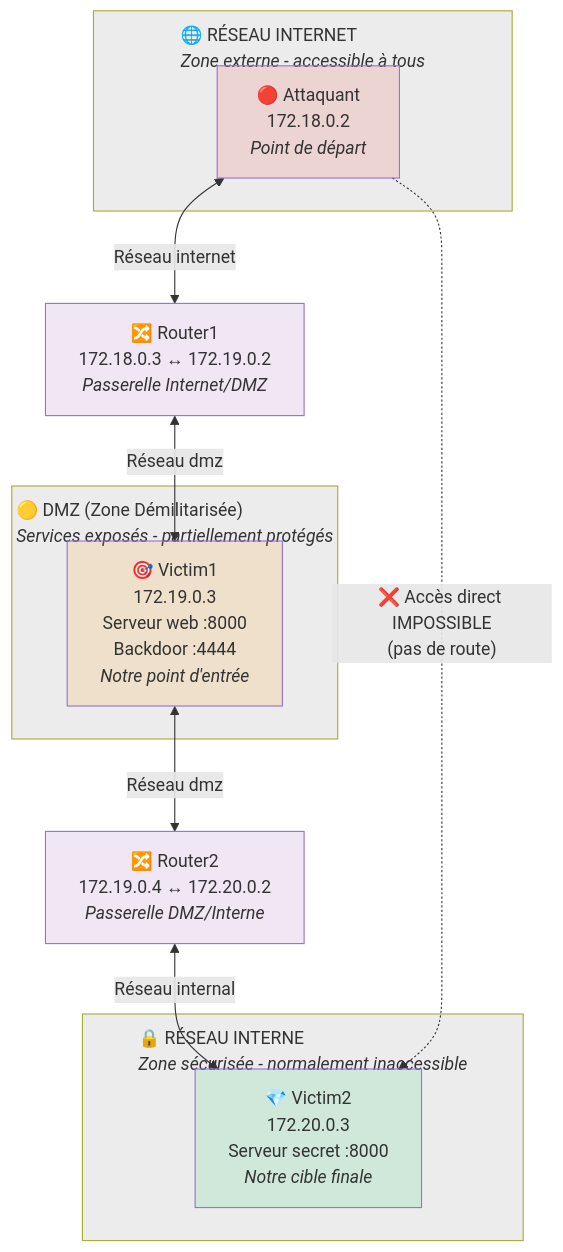
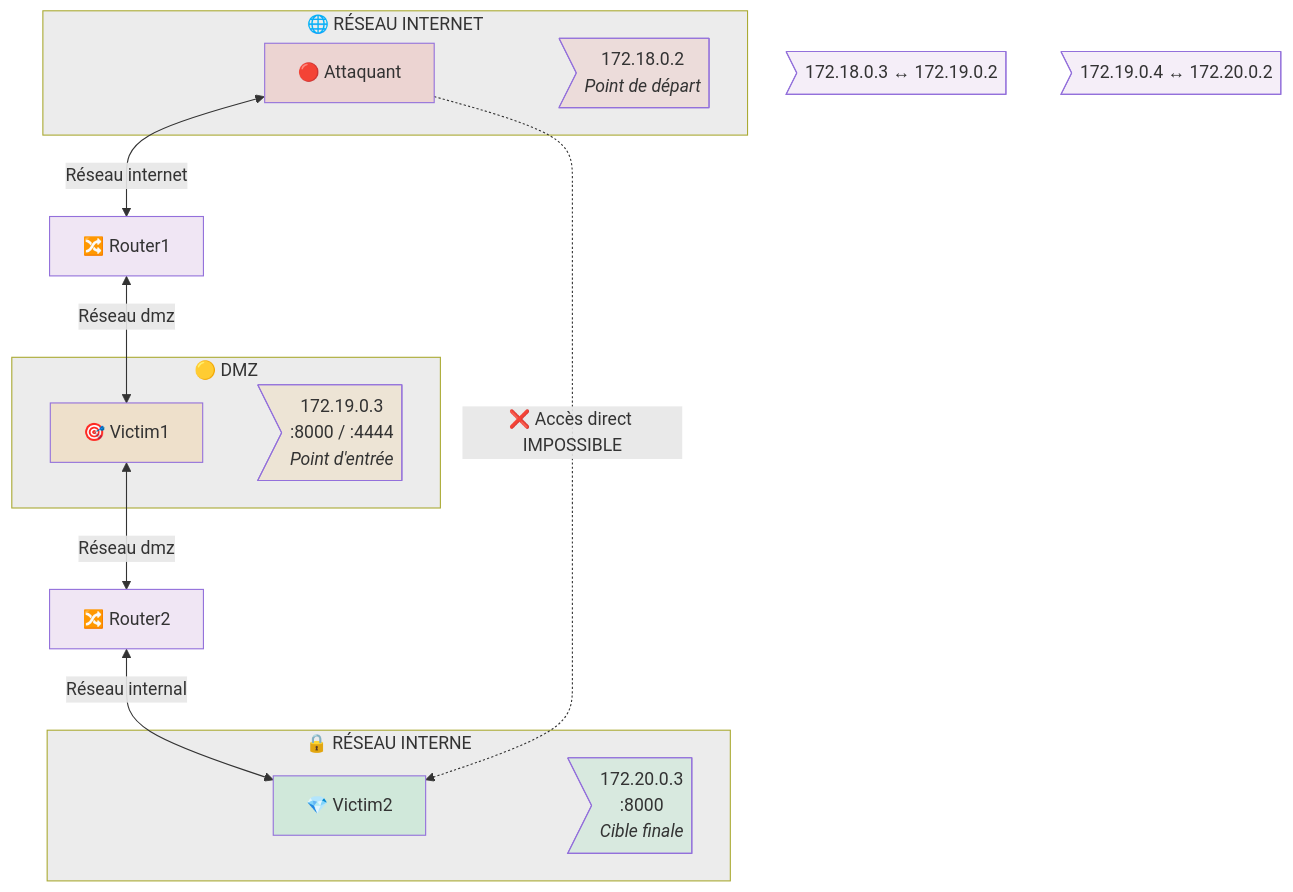
One commit to venantvr-security/venantvr-security.github.io changed the first of 3 diagrams in repos/Python.Network.Pivot/index.md. Above: the diagram before and after it, drawn with Mermaid.

Commit message:
Utilisation de notes asymétriques pour les infos détaillées Mermaid

```diff
--- a/repos/Python.Network.Pivot/index.md
+++ b/repos/Python.Network.Pivot/index.md
@@ -56,34 +56,43 @@
 <div class="mermaid">
-%%{init: {'flowchart': {'nodeSpacing': 30, 'rankSpacing': 60, 'subGraphTitleMargin': {'top': 10, 'bottom': 10}}}}%%
 flowchart TB
-    subgraph INTERNET["🌐 RÉSEAU INTERNET<br/><i>Zone externe - accessible à tous</i>"]
-        ATK["🔴 Attaquant<br/>172.18.0.2<br/><i>Point de départ</i>"]
+    subgraph INTERNET["🌐 RÉSEAU INTERNET"]
+        ATK["🔴 Attaquant"]
+        ATK_note>"172.18.0.2<br/><i>Point de départ</i>"]
     end
 
-    subgraph DMZ["🟡 DMZ (Zone Démilitarisée)<br/><i>Services exposés - partiellement protégés</i>"]
-        V1["🎯 Victim1<br/>172.19.0.3<br/>Serveur web :8000<br/>Backdoor :4444<br/><i>Notre point d'entrée</i>"]
+    subgraph DMZ["🟡 DMZ"]
+        V1["🎯 Victim1"]
+        V1_note>"172.19.0.3<br/>:8000 / :4444<br/><i>Point d'entrée</i>"]
     end
 
-    subgraph INTERNAL["🔒 RÉSEAU INTERNE<br/><i>Zone sécurisée - normalement inaccessible</i>"]
-        V2["💎 Victim2<br/>172.20.0.3<br/>Serveur secret :8000<br/><i>Notre cible finale</i>"]
+    subgraph INTERNAL["🔒 RÉSEAU INTERNE"]
+        V2["💎 Victim2"]
+        V2_note>"172.20.0.3<br/>:8000<br/><i>Cible finale</i>"]
     end
 
-    R1["🔀 Router1<br/>172.18.0.3 ↔ 172.19.0.2<br/><i>Passerelle Internet/DMZ</i>"]
-    R2["🔀 Router2<br/>172.19.0.4 ↔ 172.20.0.2<br/><i>Passerelle DMZ/Interne</i>"]
+    R1["🔀 Router1"]
+    R1_note>"172.18.0.3 ↔ 172.19.0.2"]
+    R2["🔀 Router2"]
+    R2_note>"172.19.0.4 ↔ 172.20.0.2"]
 
     ATK <-->|"Réseau internet"| R1
     R1 <-->|"Réseau dmz"| V1
     V1 <-->|"Réseau dmz"| R2
     R2 <-->|"Réseau internal"| V2
 
-    ATK -.->|"❌ Accès direct IMPOSSIBLE<br/>(pas de route)"| V2
+    ATK -.->|"❌ Accès direct IMPOSSIBLE"| V2
 
     style ATK fill:#e74c3c,fill-opacity:0.15
     style V1 fill:#f39c12,fill-opacity:0.15
     style V2 fill:#2ecc71,fill-opacity:0.15
     style R1 fill:#9b59b6,fill-opacity:0.15
     style R2 fill:#9b59b6,fill-opacity:0.15
+    style ATK_note fill:#e74c3c,fill-opacity:0.1
+    style V1_note fill:#f39c12,fill-opacity:0.1
+    style V2_note fill:#2ecc71,fill-opacity:0.1
+    style R1_note fill:#9b59b6,fill-opacity:0.1
+    style R2_note fill:#9b59b6,fill-opacity:0.1
     style INTERNET fill:#808080,fill-opacity:0.15
     style DMZ fill:#808080,fill-opacity:0.15
     style INTERNAL fill:#808080,fill-opacity:0.15
 </div>
```
